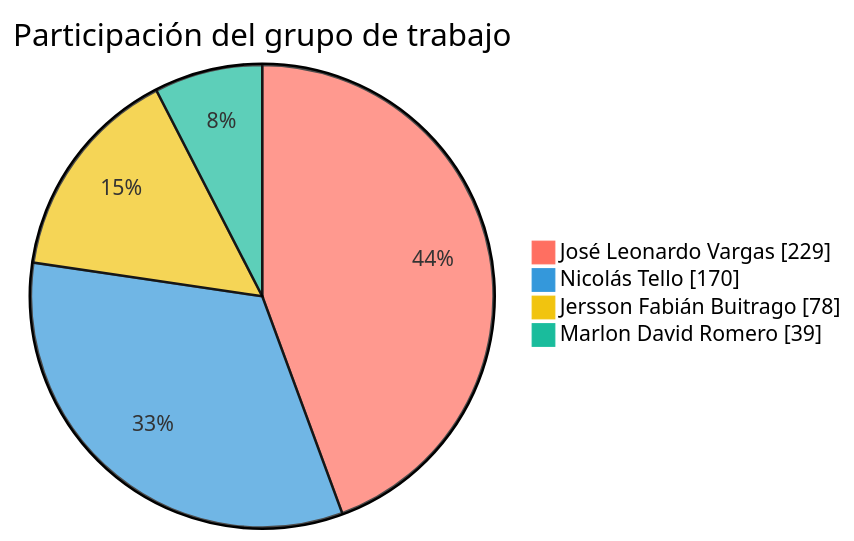
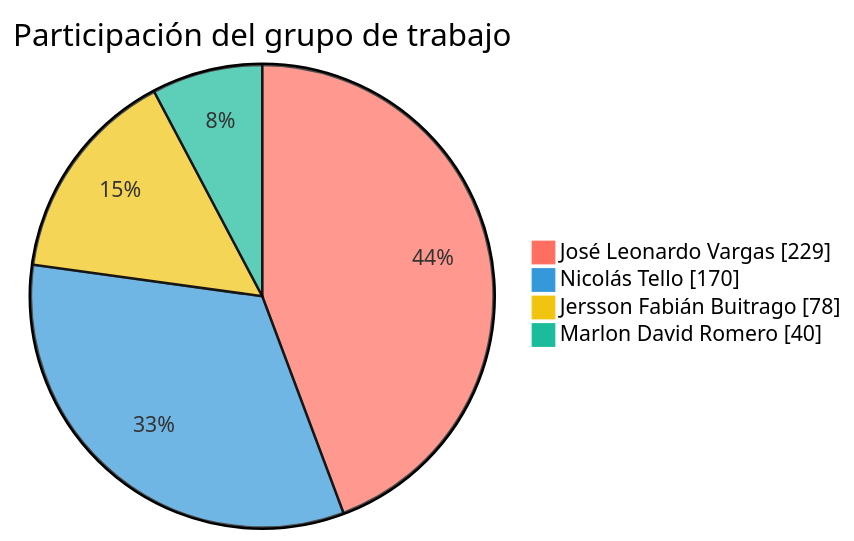
Before and after one commit to FarmaExpres/FarmaExpres: the first of 2 diagrams in README.md, drawn with Mermaid. The commit also changed other lines of this file and 1 other file, not shown here.

````diff
--- a/README.md
+++ b/README.md
@@ -389,9 +389,9 @@
 ```mermaid
 %%{init: {"themeVariables": {"pie1": "#ff6f61", "pie2": "#3498db", "pie3": "#f1c40f", "pie4": "#1abc9c", "pieLabelColor": "#000000", "pieLabelFontSize": "24px", "pieLabelFontWeight": "700"}}}%%
 pie showData
     title Participación del grupo de trabajo
     "José Leonardo Vargas" : 229
     "Nicolás Tello" : 170
     "Jersson Fabián Buitrago" : 78
-    "Marlon David Romero" : 39
+    "Marlon David Romero" : 40
 ```
````
